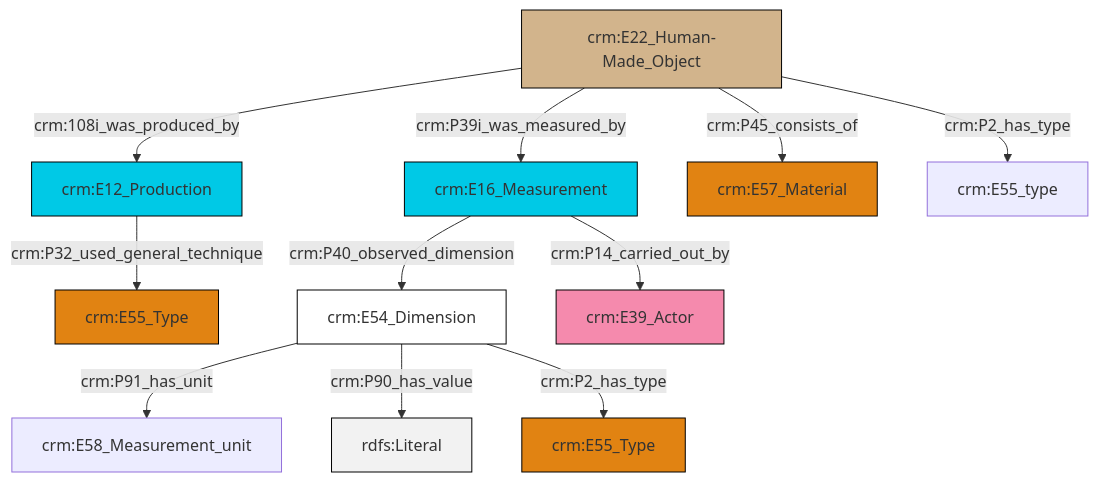
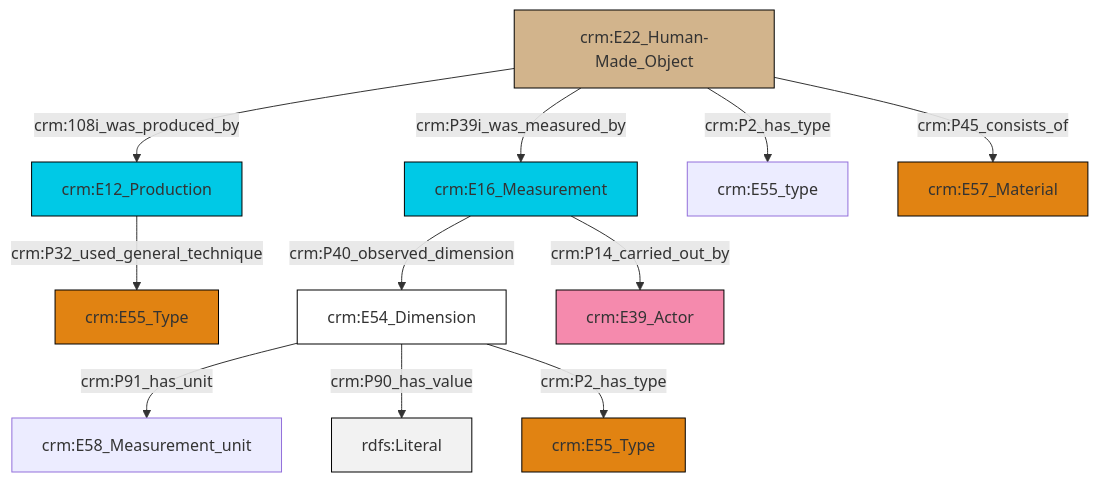
The diagram in et/artworkCSV/ttl/mmd/Artwork_substance.ttl.mmd (swiss-art-research-net/reference-data-models), drawn with Mermaid before and after one commit. The commit also changed 128 other files, not shown here.

```diff
--- a/et/artworkCSV/ttl/mmd/Artwork_substance.ttl.mmd
+++ b/et/artworkCSV/ttl/mmd/Artwork_substance.ttl.mmd
@@ -1,25 +1,25 @@
 graph TD
 classDef Literal fill:#f2f2f2,stroke:#000000;
 classDef CRM_Entity fill:#FFFFFF,stroke:#000000;
 classDef Temporal_Entity fill:#00C9E6, stroke:#000000;
 classDef Type fill:#E18312, stroke:#000000;
 classDef Time-Span fill:#2C9C91, stroke:#000000;
 classDef Appellation fill:#FFEB7F, stroke:#000000;
 classDef Place fill:#008836, stroke:#000000;
 classDef Persistent_Item fill:#B266B2, stroke:#000000;
 classDef Conceptual_Object fill:#FFD700, stroke:#000000;
 classDef Physical_Thing fill:#D2B48C, stroke:#000000;
 classDef Actor fill:#f58aad, stroke:#000000;
 classDef PC_Classes fill:#4ce600, stroke:#000000;
 classDef Multi fill:#cccccc,stroke:#000000;
 
-2["crm:E16_Measurement"]:::Temporal_Entity -->|crm:P40_observed_dimension| 4["crm:E54_Dimension"]:::CRM_Entity
-5["crm:E12_Production"]:::Temporal_Entity -->|crm:P32_used_general_technique| 0["crm:E55_Type"]:::Type
-2["crm:E16_Measurement"]:::Temporal_Entity -->|crm:P14_carried_out_by| 12["crm:E39_Actor"]:::Actor
-14["crm:E22_Human-Made_Object"]:::Physical_Thing -->|crm:108i_was_produced_by| 5["crm:E12_Production"]:::Temporal_Entity
-14["crm:E22_Human-Made_Object"]:::Physical_Thing -->|crm:P45_consists_of| 8["crm:E57_Material"]:::Type
-14["crm:E22_Human-Made_Object"]:::Physical_Thing -->|crm:P39i_was_measured_by| 2["crm:E16_Measurement"]:::Temporal_Entity
-4["crm:E54_Dimension"]:::CRM_Entity -->|crm:P91_has_unit| 10["crm:E58_Measurement_unit"]:::Default
-4["crm:E54_Dimension"]:::CRM_Entity -->|crm:P90_has_value| 20[rdfs:Literal]:::Literal
-4["crm:E54_Dimension"]:::CRM_Entity -->|crm:P2_has_type| 6["crm:E55_Type"]:::Type
-14["crm:E22_Human-Made_Object"]:::Physical_Thing -->|crm:P2_has_type| 16["crm:E55_type"]:::Default
+0["crm:E22_Human-Made_Object"]:::Physical_Thing -->|crm:108i_was_produced_by| 1["crm:E12_Production"]:::Temporal_Entity
+2["crm:E54_Dimension"]:::CRM_Entity -->|crm:P91_has_unit| 3["crm:E58_Measurement_unit"]:::Default
+0["crm:E22_Human-Made_Object"]:::Physical_Thing -->|crm:P39i_was_measured_by| 4["crm:E16_Measurement"]:::Temporal_Entity
+0["crm:E22_Human-Made_Object"]:::Physical_Thing -->|crm:P2_has_type| 5["crm:E55_type"]:::Default
+4["crm:E16_Measurement"]:::Temporal_Entity -->|crm:P40_observed_dimension| 2["crm:E54_Dimension"]:::CRM_Entity
+1["crm:E12_Production"]:::Temporal_Entity -->|crm:P32_used_general_technique| 6["crm:E55_Type"]:::Type
+2["crm:E54_Dimension"]:::CRM_Entity -->|crm:P90_has_value| 12[rdfs:Literal]:::Literal
+4["crm:E16_Measurement"]:::Temporal_Entity -->|crm:P14_carried_out_by| 10["crm:E39_Actor"]:::Actor
+0["crm:E22_Human-Made_Object"]:::Physical_Thing -->|crm:P45_consists_of| 16["crm:E57_Material"]:::Type
+2["crm:E54_Dimension"]:::CRM_Entity -->|crm:P2_has_type| 18["crm:E55_Type"]:::Type
```
